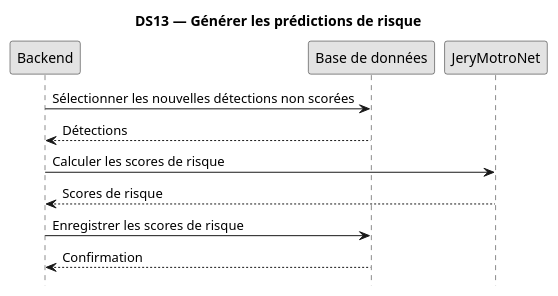
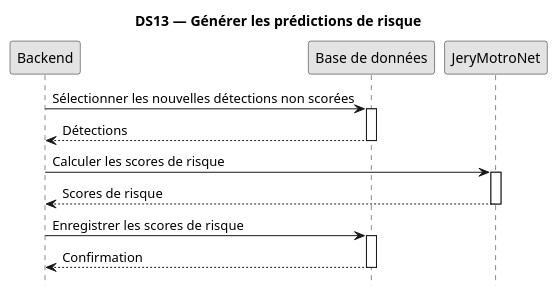
One commit to TkAbeleon/NoteAcemiqueProjetSoutenanceL3 changed the diagram in UML_JeryMotro/DS13_Generer_predictions_risque.plantuml. Above: the diagram before and after it, drawn with PlantUML. The commit also changed 17 other files, not shown here.

Commit message:
style(DS): standardiser les activations UML

```diff
--- a/UML_JeryMotro/DS13_Generer_predictions_risque.plantuml
+++ b/UML_JeryMotro/DS13_Generer_predictions_risque.plantuml
@@ -1,19 +1,25 @@
 @startuml
 skinparam monochrome true
 
 title DS13 — Générer les prédictions de risque
 hide footbox
 skinparam shadowing false
 
 participant "Backend" as B
 participant "Base de données" as DB
 participant "JeryMotroNet" as ML
 
 B -> DB : Sélectionner les nouvelles détections non scorées
+activate DB
 DB --> B : Détections
+deactivate DB
 B -> ML : Calculer les scores de risque
+activate ML
 ML --> B : Scores de risque
+deactivate ML
 B -> DB : Enregistrer les scores de risque
+activate DB
 DB --> B : Confirmation
+deactivate DB
 
 @enduml
```
